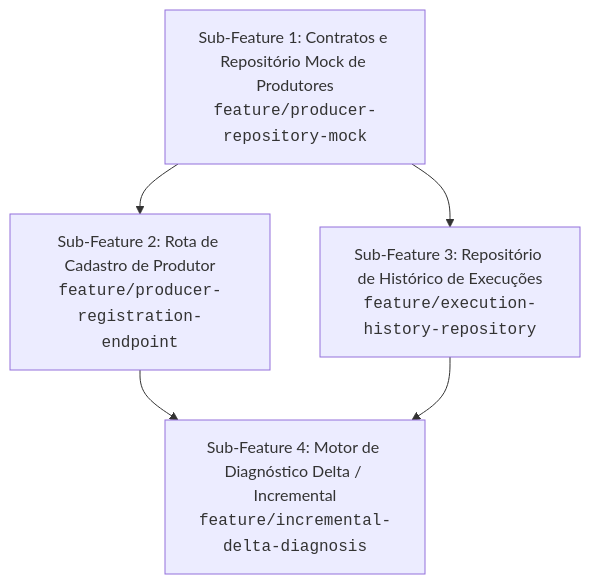
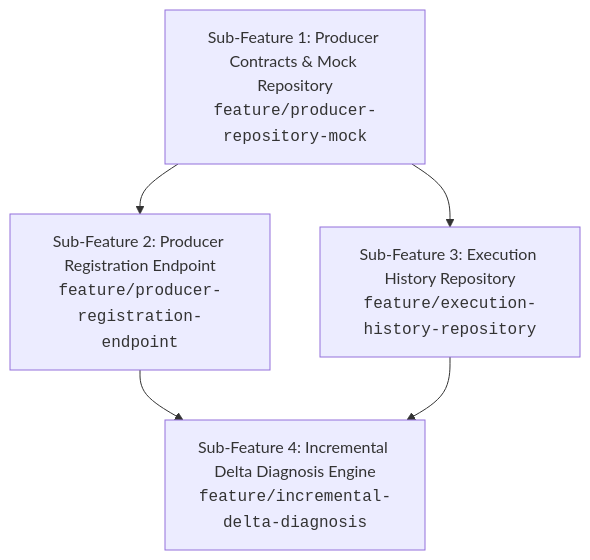
One commit to MarcosVeniciu/antigravity-agentic-workflows changed the diagram in skills/plan-decompose/examples/epic_decomposition_example.md. Above: the diagram before and after it, drawn with Mermaid. The commit also changed other lines of this file and 57 other files, not shown here.

````diff
--- a/skills/plan-decompose/examples/epic_decomposition_example.md
+++ b/skills/plan-decompose/examples/epic_decomposition_example.md
@@ -14,6 +14,6 @@
 ```mermaid
 flowchart TD
-    F1["Sub-Feature 1: Contratos e Repositório Mock de Produtores<br/><code>feature/producer-repository-mock</code>"] --> F2["Sub-Feature 2: Rota de Cadastro de Produtor<br/><code>feature/producer-registration-endpoint</code>"]
-    F1 --> F3["Sub-Feature 3: Repositório de Histórico de Execuções<br/><code>feature/execution-history-repository</code>"]
-    F2 & F3 --> F4["Sub-Feature 4: Motor de Diagnóstico Delta / Incremental<br/><code>feature/incremental-delta-diagnosis</code>"]
+    F1["Sub-Feature 1: Producer Contracts & Mock Repository<br/><code>feature/producer-repository-mock</code>"] --> F2["Sub-Feature 2: Producer Registration Endpoint<br/><code>feature/producer-registration-endpoint</code>"]
+    F1 --> F3["Sub-Feature 3: Execution History Repository<br/><code>feature/execution-history-repository</code>"]
+    F2 & F3 --> F4["Sub-Feature 4: Incremental Delta Diagnosis Engine<br/><code>feature/incremental-delta-diagnosis</code>"]
 ```
````
